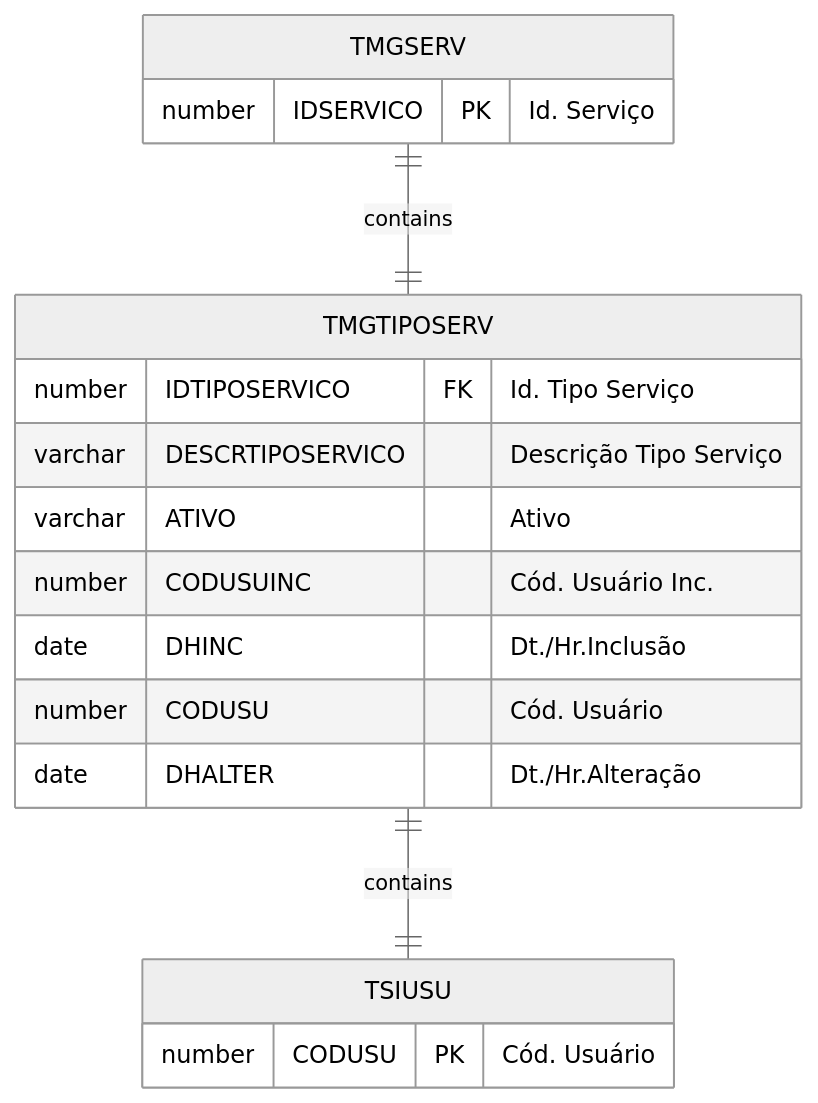
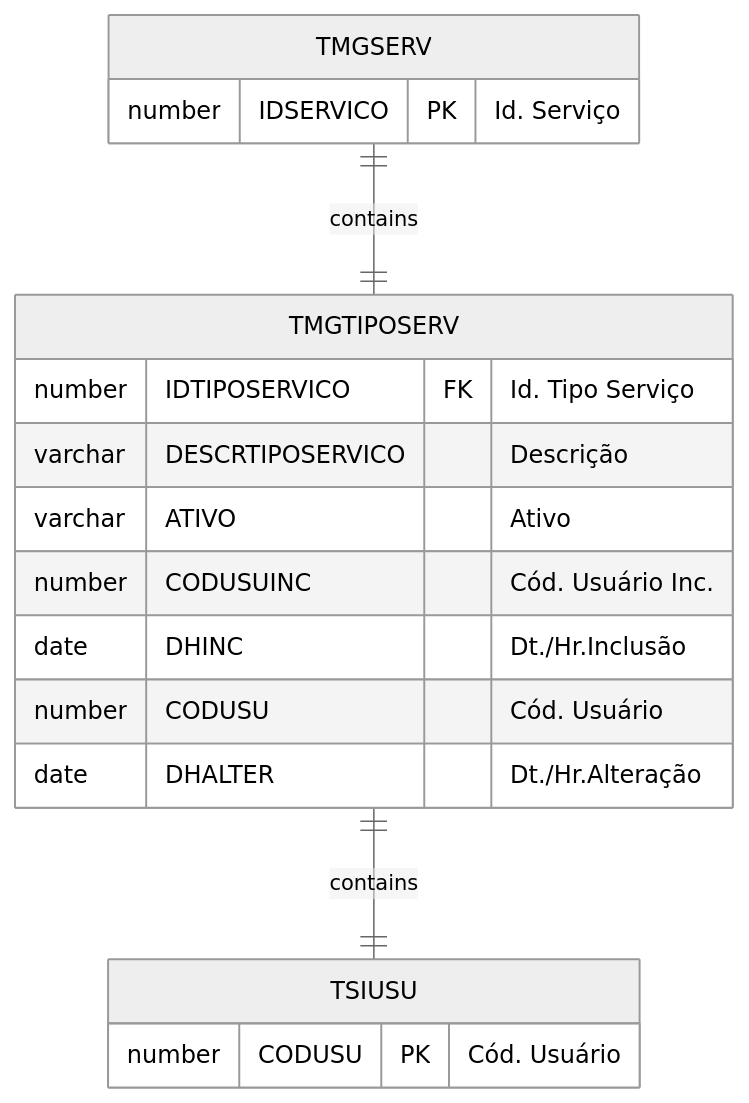
One commit to cbmsoft/margrandocs changed the diagram in docs/_database/TMGTIPOSERV.md. Above: the diagram before and after it, drawn with Mermaid (neutral theme). The commit also changed 5 other files, not shown here.

````diff
--- a/docs/_database/TMGTIPOSERV.md
+++ b/docs/_database/TMGTIPOSERV.md
@@ -39,21 +39,21 @@
 ```mermaid
 erDiagram
     TMGSERV ||--|| TMGTIPOSERV : contains
     TMGTIPOSERV ||--|| TSIUSU : contains
 
 	TMGSERV {
 		number IDSERVICO PK "Id. Serviço"
  	}
 	TMGTIPOSERV {
 		number IDTIPOSERVICO FK "Id. Tipo Serviço"
-        varchar DESCRTIPOSERVICO "Descrição Tipo Serviço"
+        varchar DESCRTIPOSERVICO "Descrição"
         varchar ATIVO "Ativo"
         number CODUSUINC "Cód. Usuário Inc."
         date DHINC "Dt./Hr.Inclusão"
         number CODUSU "Cód. Usuário"
         date DHALTER "Dt./Hr.Alteração"
 	}
     TSIUSU {
         number CODUSU PK "Cód. Usuário"
     }
 ```
````
